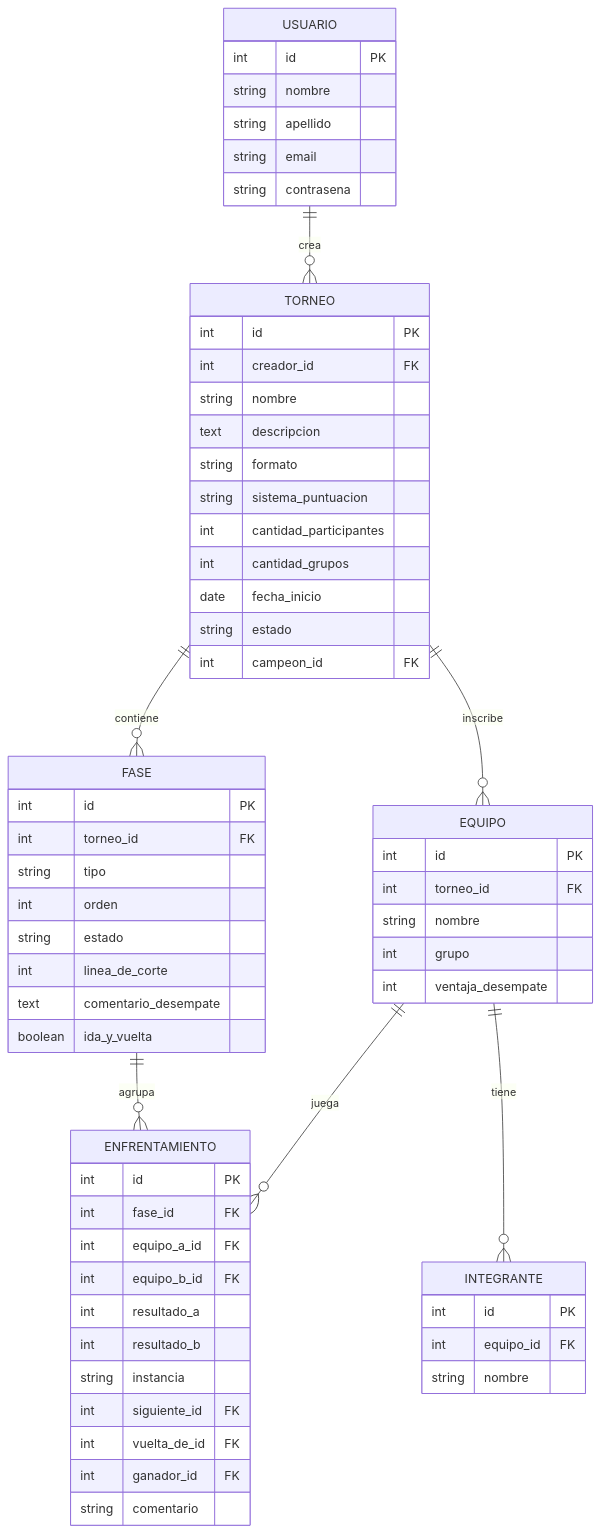
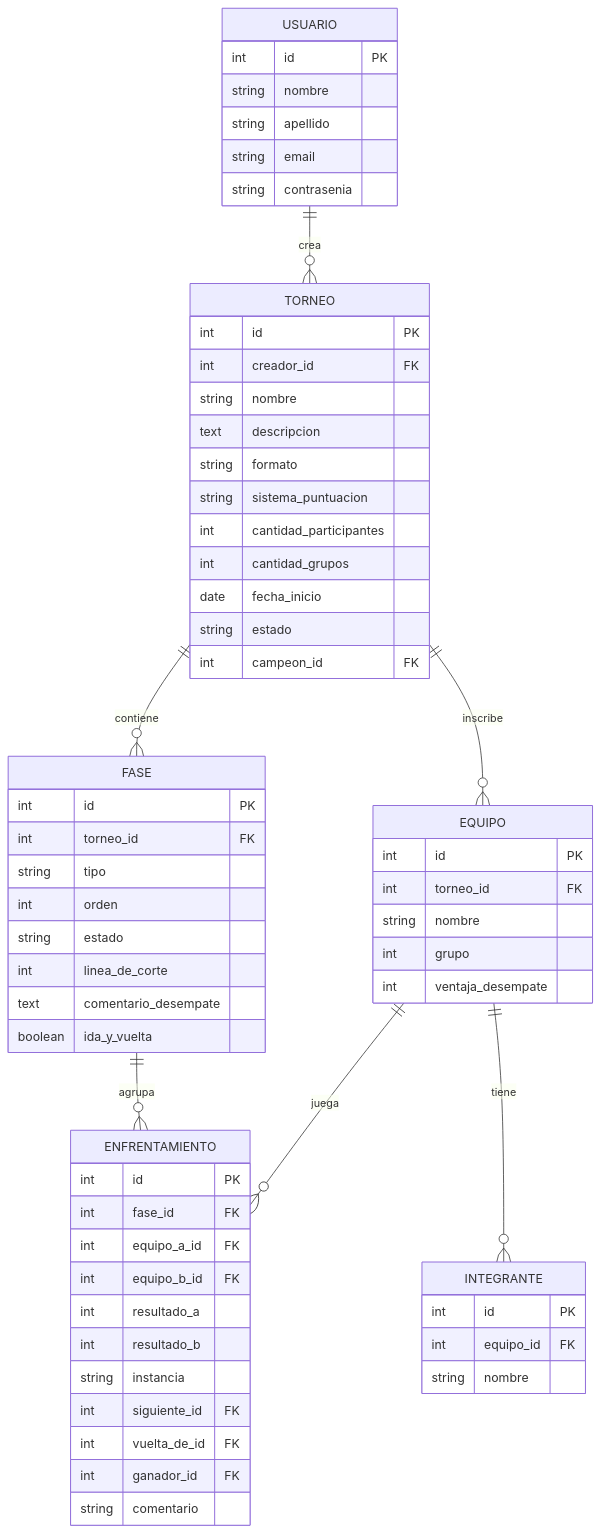
Before and after one commit to NaD3M-71/gestor-universal-torneos: the diagram in docs/estructura-bd-gestor-torneos-giuliano-daniela.md, drawn with Mermaid. The commit also changed other lines of this file and 9 other files, not shown here.

Commit message:
fix: contrasena ahora es contrasenia

````diff
--- a/docs/estructura-bd-gestor-torneos-giuliano-daniela.md
+++ b/docs/estructura-bd-gestor-torneos-giuliano-daniela.md
@@ -13,65 +13,65 @@
 ```mermaid
 erDiagram
     USUARIO ||--o{ TORNEO : crea
     TORNEO ||--o{ FASE : contiene
     TORNEO ||--o{ EQUIPO : inscribe
     FASE ||--o{ ENFRENTAMIENTO : agrupa
     EQUIPO ||--o{ ENFRENTAMIENTO : juega
     EQUIPO ||--o{ INTEGRANTE : tiene
 
     USUARIO {
         int id PK
         string nombre
         string apellido
         string email
-        string contrasena
+        string contrasenia
     }
     TORNEO {
         int id PK
         int creador_id FK
         string nombre
         text descripcion
         string formato
         string sistema_puntuacion
         int cantidad_participantes
         int cantidad_grupos
         date fecha_inicio
         string estado
         int campeon_id FK
     }
     FASE {
         int id PK
         int torneo_id FK
         string tipo
         int orden
         string estado
         int linea_de_corte
         text comentario_desempate
         boolean ida_y_vuelta
     }
     EQUIPO {
         int id PK
         int torneo_id FK
         string nombre
         int grupo
         int ventaja_desempate
     }
     INTEGRANTE {
         int id PK
         int equipo_id FK
         string nombre
     }
     ENFRENTAMIENTO {
         int id PK
         int fase_id FK
         int equipo_a_id FK
         int equipo_b_id FK
         int resultado_a
         int resultado_b
         string instancia
         int siguiente_id FK
         int vuelta_de_id FK
         int ganador_id FK
         string comentario
     }
 ```
````
